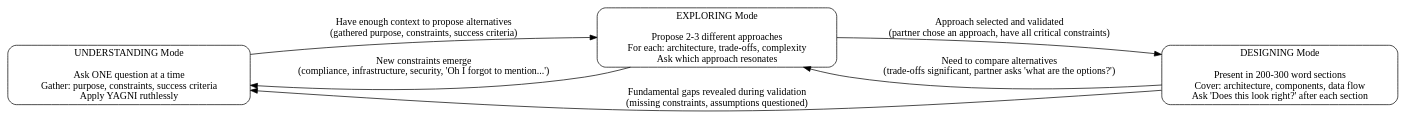
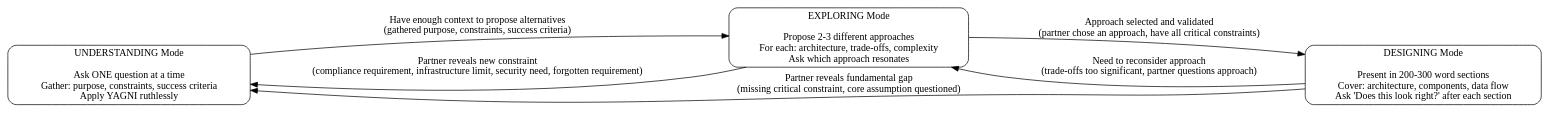
Before and after one commit to sitien173/refract: the diagram in plugin/skills/collaboration/brainstorming/SKILL.md, drawn with Graphviz. The commit also changed other lines of this file and 11 other files, not shown here.

````diff
--- a/plugin/skills/collaboration/brainstorming/SKILL.md
+++ b/plugin/skills/collaboration/brainstorming/SKILL.md
@@ -20,22 +20,22 @@
 ```dot
 digraph brainstorming_modes {
     rankdir=LR;
     node [shape=box, style=rounded];
 
     UNDERSTANDING [label="UNDERSTANDING Mode\n\nAsk ONE question at a time\nGather: purpose, constraints, success criteria\nApply YAGNI ruthlessly"];
 
     EXPLORING [label="EXPLORING Mode\n\nPropose 2-3 different approaches\nFor each: architecture, trade-offs, complexity\nAsk which approach resonates"];
 
     DESIGNING [label="DESIGNING Mode\n\nPresent in 200-300 word sections\nCover: architecture, components, data flow\nAsk 'Does this look right?' after each section"];
 
     UNDERSTANDING -> EXPLORING [label="Have enough context to propose alternatives\n(gathered purpose, constraints, success criteria)"];
 
-    EXPLORING -> UNDERSTANDING [label="New constraints emerge\n(compliance, infrastructure, security, 'Oh I forgot to mention...')"];
+    EXPLORING -> UNDERSTANDING [label="Partner reveals new constraint\n(compliance requirement, infrastructure limit, security need, forgotten requirement)"];
 
     EXPLORING -> DESIGNING [label="Approach selected and validated\n(partner chose an approach, have all critical constraints)"];
 
-    DESIGNING -> UNDERSTANDING [label="Fundamental gaps revealed during validation\n(missing constraints, assumptions questioned)"];
+    DESIGNING -> UNDERSTANDING [label="Partner reveals fundamental gap\n(missing critical constraint, core assumption questioned)"];
 
-    DESIGNING -> EXPLORING [label="Need to compare alternatives\n(trade-offs significant, partner asks 'what are the options?')"];
+    DESIGNING -> EXPLORING [label="Need to reconsider approach\n(trade-offs too significant, partner questions approach)"];
 }
 ```
````
